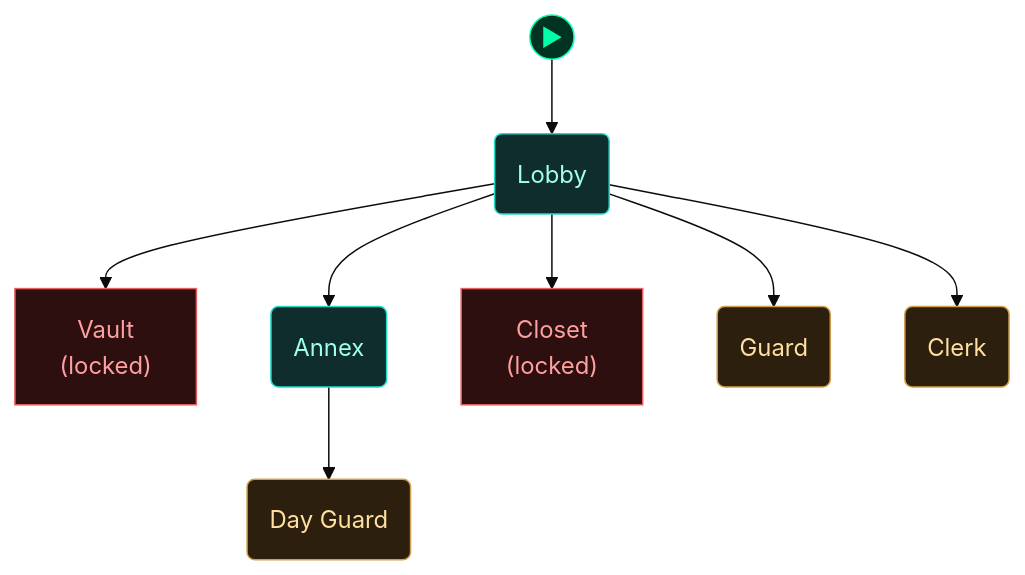
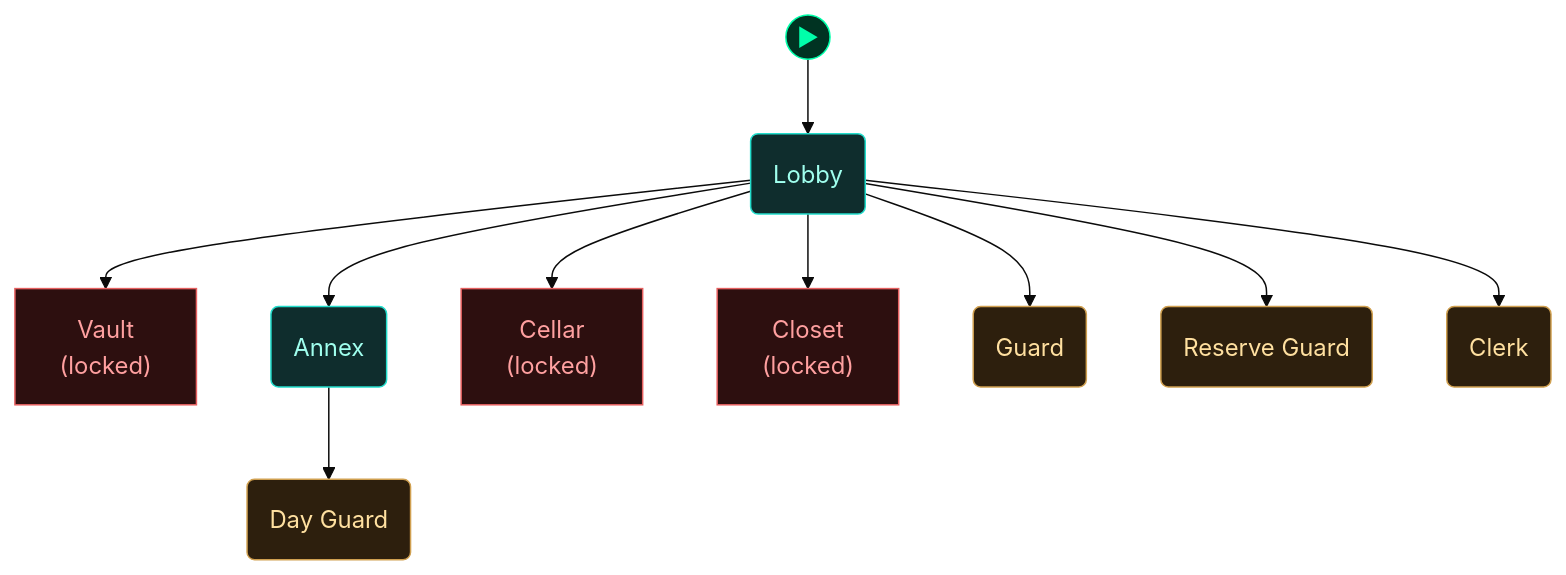
Before and after one commit to cliffe/BreakEscape: the fifth of 5 diagrams in scenarios/test_hidden_hostiles/dungeon_graph.md, drawn with Mermaid (base theme). The commit also changed other lines of this file and 5 other files, not shown here.

Commit message:
Hidden hostiles R3: proof KO check can fail, regenerate dungeon graph, fix brief and doc wording

````diff
--- a/scenarios/test_hidden_hostiles/dungeon_graph.md
+++ b/scenarios/test_hidden_hostiles/dungeon_graph.md
@@ -204,41 +213,45 @@
 ```mermaid
 flowchart TD
 
   classDef room      fill:#0f2d2d,stroke:#22ddcc,color:#a0ffee
   classDef lock      fill:#2d0f0f,stroke:#e66060,color:#ffa0a0
   classDef key       fill:#2d0812,stroke:#e66060,color:#ffa0a0
   classDef item      fill:#2d1200,stroke:#e89030,color:#ffcc80
   classDef gate      fill:#111,stroke:#666,color:#eee
   classDef vm        fill:#0c1f40,stroke:#4a90d9,color:#a0c8ff
   classDef flag      fill:#1a0c2d,stroke:#9060d0,color:#cc99ff
   classDef action    fill:#1a1200,stroke:#cc9922,color:#ffee88
   classDef aim       fill:#0d2a0d,stroke:#44cc44,color:#88ff88
   classDef aim_gate  fill:#111111,stroke:#44cc44,color:#44cc44
   classDef container fill:#1a2d1a,stroke:#60b060,color:#a0e0a0
   classDef npc       fill:#2d1f0d,stroke:#d0a050,color:#ffe0a0
   classDef critical  fill:#2a1500,stroke:#ffaa00,color:#ffdd88
   classDef start     fill:#003322,stroke:#00ffaa,color:#00ffaa
 
   node_start(("▶"))
   node_start --> lobby
 
   lobby("Lobby")
   vault["Vault<br/>(locked)"]
   annex("Annex")
+  cellar["Cellar<br/>(locked)"]
   closet["Closet<br/>(locked)"]
   rc_npc_guard_1("Guard")
-  rc_npc_clerk_2("Clerk")
-  rc_npc_day_guard_3("Day Guard")
+  rc_npc_reserve_guard_2("Reserve Guard")
+  rc_npc_clerk_3("Clerk")
+  rc_npc_day_guard_4("Day Guard")
 
   lobby --> vault
   lobby --> annex
   lobby --> closet
+  lobby --> cellar
   lobby --> rc_npc_guard_1
-  lobby --> rc_npc_clerk_2
-  annex --> rc_npc_day_guard_3
+  lobby --> rc_npc_reserve_guard_2
+  lobby --> rc_npc_clerk_3
+  annex --> rc_npc_day_guard_4
 
   class lobby,annex room
-  class vault,closet lock
-  class rc_npc_guard_1,rc_npc_clerk_2,rc_npc_day_guard_3 npc
+  class vault,cellar,closet lock
+  class rc_npc_guard_1,rc_npc_reserve_guard_2,rc_npc_clerk_3,rc_npc_day_guard_4 npc
   class node_start start
 ```
````
